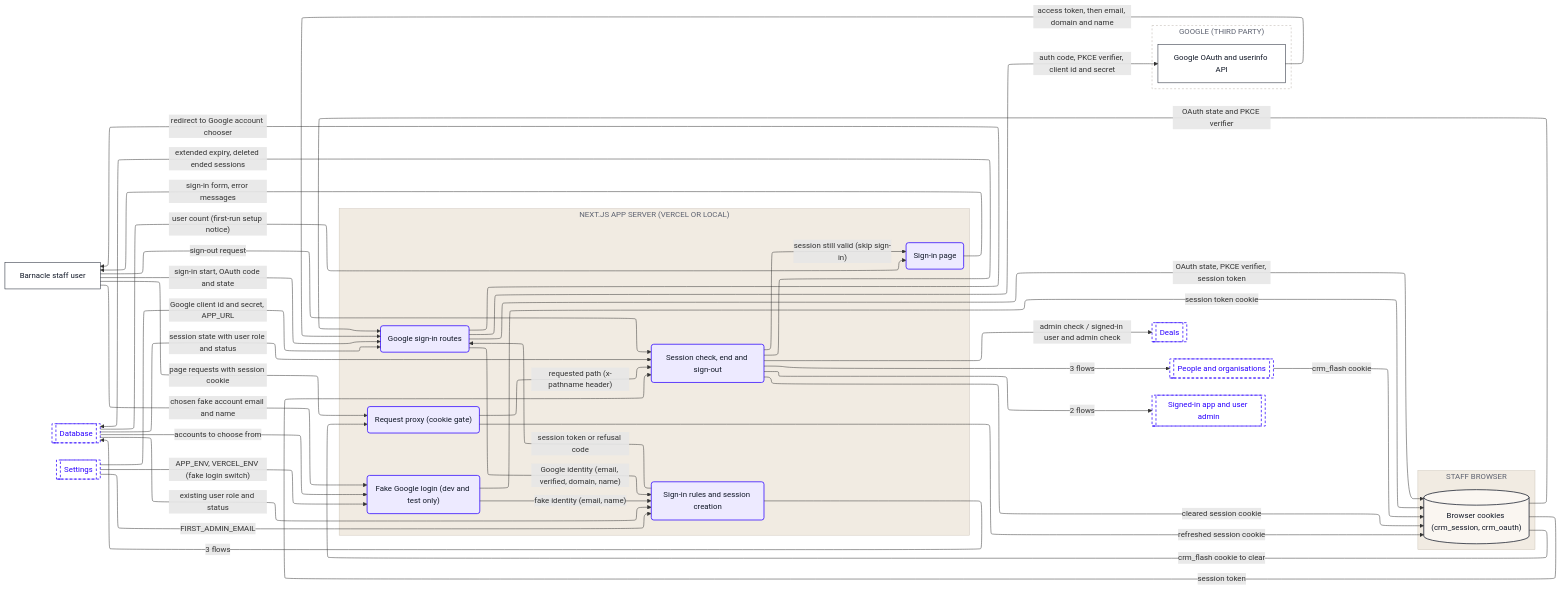
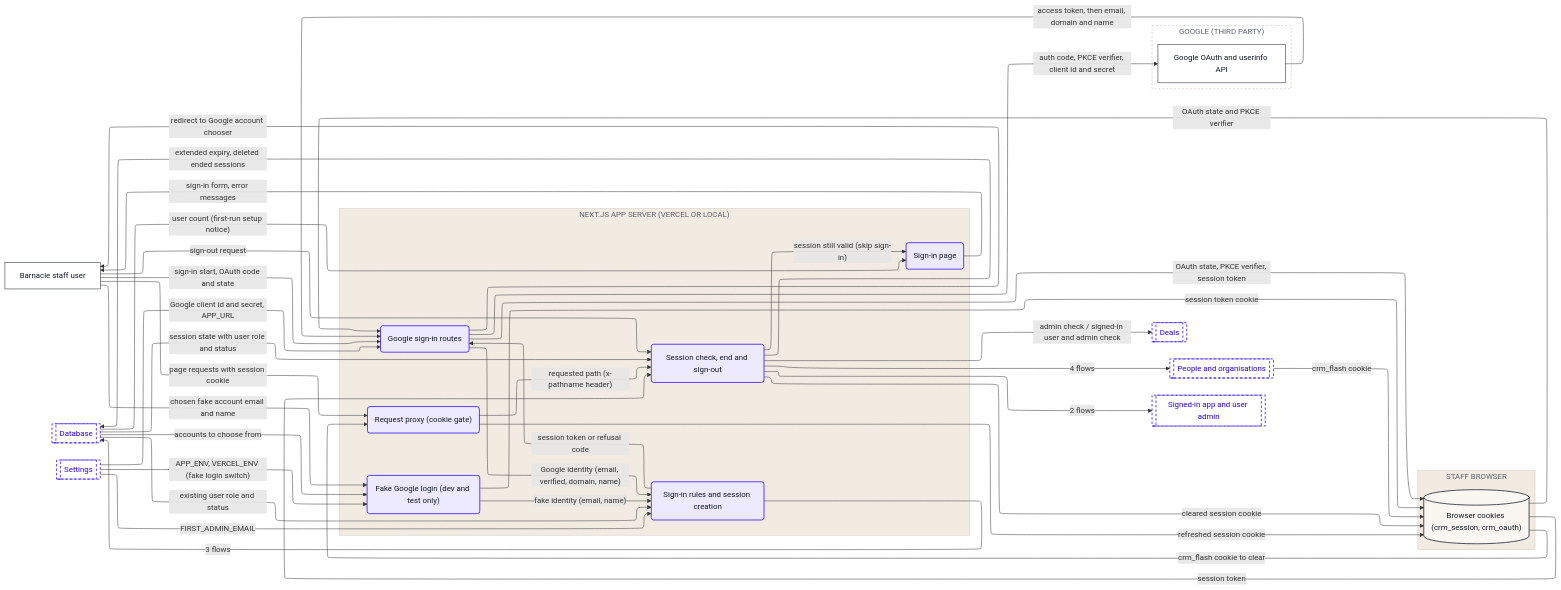
One commit to Romain-Perche/Barnacle-Pipe changed the ninth of 10 diagrams in dataflow/DATAFLOW.md. Above: the diagram before and after it, drawn with Mermaid. The commit also changed other lines of this file and 12 other files, not shown here.

````diff
--- a/dataflow/DATAFLOW.md
+++ b/dataflow/DATAFLOW.md
@@ -478,73 +499,73 @@
 ```mermaid
 ---
 config:
   layout: elk
 ---
 flowchart LR
     n1["Barnacle staff user"]
     subgraph z1["NEXT.JS APP SERVER (VERCEL OR LOCAL)"]
         n2("Sign-in rules and session creation")
         n3("Fake Google login (dev and test only)")
         n4("Google sign-in routes")
         n5("Request proxy (cookie gate)")
         n6("Session check, end and sign-out")
         n7("Sign-in page")
     end
     subgraph z2["STAFF BROWSER"]
         n8[("Browser cookies (crm_session, crm_oauth)")]
     end
     subgraph z3["GOOGLE (THIRD PARTY)"]
         n9["Google OAuth and userinfo API"]
     end
     n10[["Database"]]
     n11[["Deals"]]
     n12[["People and organisations"]]
     n13[["Settings"]]
     n14[["Signed-in app and user admin"]]
     n8 -->|"OAuth state and PKCE verifier"| n4
     n8 -->|"crm_flash cookie to clear"| n5
     n8 -->|"session token"| n6
     n2 -->|"session token or refusal code"| n4
     n2 -->|"3 flows"| n10
     n13 -->|"FIRST_ADMIN_EMAIL"| n2
     n13 -->|"APP_ENV, VERCEL_ENV (fake login switch)"| n3
     n13 -->|"Google client id and secret, APP_URL"| n4
     n3 -->|"session token cookie"| n8
     n3 -->|"fake identity (email, name)"| n2
     n4 -->|"OAuth state, PKCE verifier, session token"| n8
     n4 -->|"Google identity (email, verified, domain, name)"| n2
     n4 -->|"auth code, PKCE verifier, client id and secret"| n9
     n4 -->|"redirect to Google account chooser"| n1
     n9 -->|"access token, then email, domain and name"| n4
     n5 -->|"refreshed session cookie"| n8
     n5 -->|"requested path (x-pathname header)"| n6
     n12 -->|"crm_flash cookie"| n8
-    n6 -->|"3 flows"| n12
+    n6 -->|"4 flows"| n12
     n6 -->|"2 flows"| n14
     n6 -->|"cleared session cookie"| n8
     n6 -->|"admin check / signed-in user and admin check"| n11
     n6 -->|"extended expiry, deleted ended sessions"| n10
     n6 -->|"session still valid (skip sign-in)"| n7
     n10 -->|"session state with user role and status"| n6
     n7 -->|"sign-in form, error messages"| n1
     n1 -->|"chosen fake account email and name"| n3
     n1 -->|"sign-in start, OAuth code and state"| n4
     n1 -->|"page requests with session cookie"| n5
     n1 -->|"sign-out request"| n6
     n10 -->|"existing user role and status"| n2
     n10 -->|"accounts to choose from"| n3
     n10 -->|"user count (first-run setup notice)"| n7
     classDef actor fill:#FFFFFF,stroke:#111827,stroke-width:1px,color:#111827
     classDef process fill:#EDEAFF,stroke:#2B00FF,stroke-width:1.5px,color:#111827
     classDef store fill:#FAF6F1,stroke:#111827,stroke-width:1.5px,color:#111827
     classDef zone fill:#1A1A1A,stroke:#1A1A1A,color:#FFFFFF
     classDef group fill:#2B00FF,stroke:#2B00FF,color:#FFFFFF
     classDef stub fill:#FFFFFF,stroke:#2B00FF,stroke-width:1.5px,stroke-dasharray:5 4,color:#2B00FF
     class n1,n9 actor
     class n2,n3,n4,n5,n6,n7 process
     class n8 store
     class n10,n11,n12,n13,n14 stub
     style z1 fill:#F1EBE2,stroke:#CFC7BB,color:#5D6270
     style z2 fill:#F1EBE2,stroke:#CFC7BB,color:#5D6270
     style z3 fill:#FFFFFF,stroke:#B9B2A8,stroke-dasharray:4 4,color:#5D6270
 ```
````
